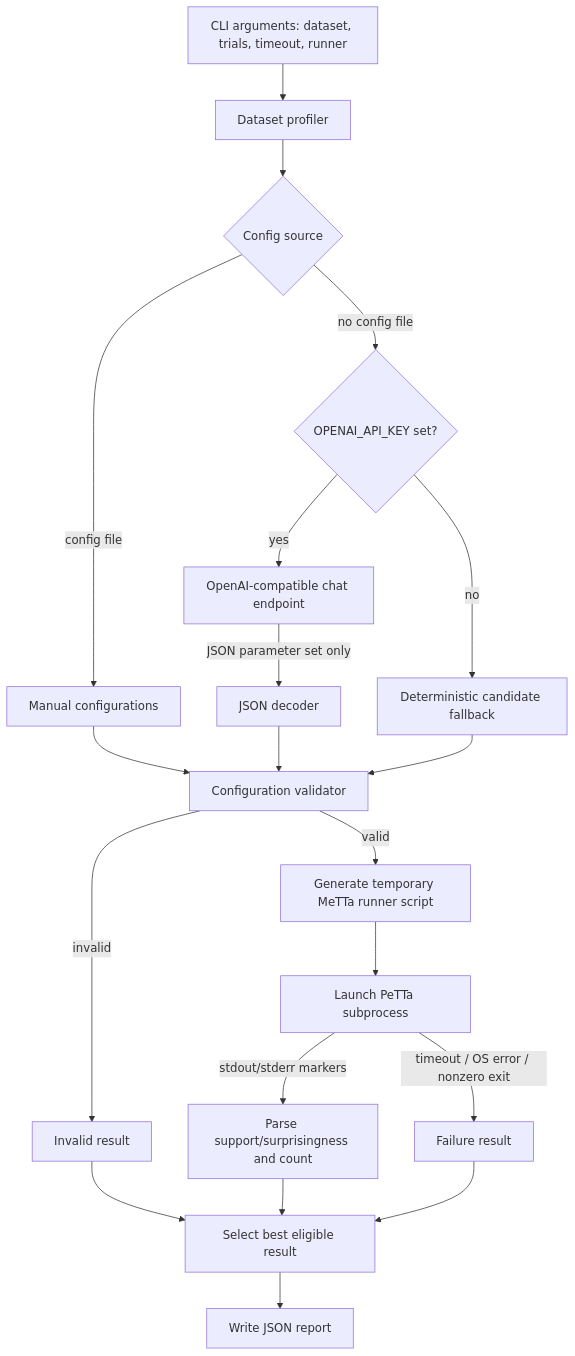
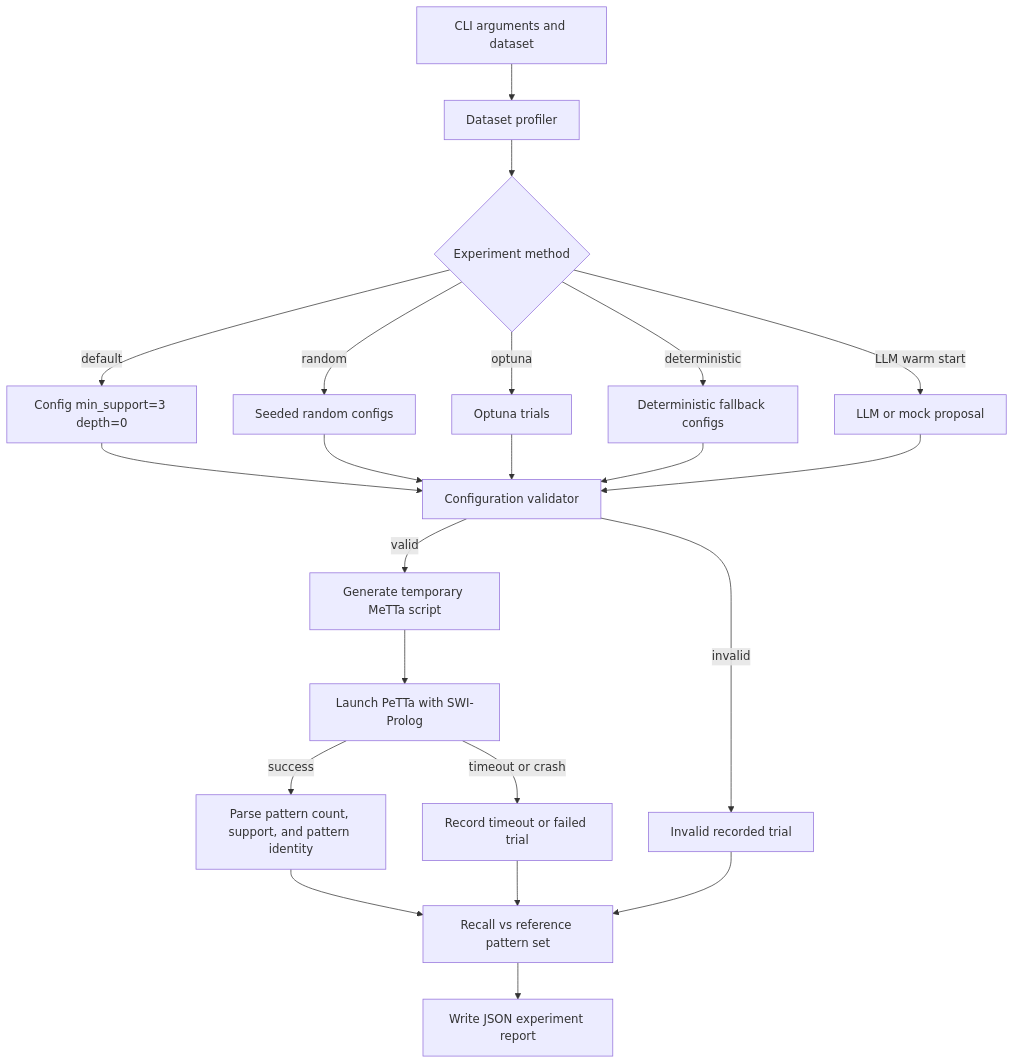
One commit to zenebumelaku/pattern-miner changed the diagram in hyperon-miner/results/architecture.md. Above: the diagram before and after it, drawn with Mermaid. The commit also changed other lines of this file and 13 other files, not shown here.

````diff
--- a/hyperon-miner/results/architecture.md
+++ b/hyperon-miner/results/architecture.md
@@ -3,22 +3,24 @@
 ```mermaid
 flowchart TD
-    U[CLI arguments: dataset, trials, timeout, runner] --> P[Dataset profiler]
-    P --> C{Config source}
-    C -->|config file| M[Manual configurations]
-    C -->|no config file| K{OPENAI_API_KEY set?}
-    K -->|yes| L[OpenAI-compatible chat endpoint]
-    K -->|no| D[Deterministic candidate fallback]
-    L -->|JSON parameter set only| J[JSON decoder]
-    J --> V[Configuration validator]
-    M --> V
-    D --> V
-    V -->|invalid| I[Invalid result]
-    V -->|valid| G[Generate temporary MeTTa runner script]
-    G --> R[Launch PeTTa subprocess]
-    R -->|stdout/stderr markers| O[Parse support/surprisingness and count]
-    R -->|timeout / OS error / nonzero exit| F[Failure result]
-    O --> S[Select best eligible result]
-    I --> S
-    F --> S
-    S --> W[Write JSON report]
+  A[CLI arguments and dataset] --> B[Dataset profiler]
+  B --> C{Experiment method}
+  C -->|default| D[Config min_support=3 depth=0]
+  C -->|random| E[Seeded random configs]
+  C -->|optuna| F[Optuna trials]
+  C -->|deterministic| G[Deterministic fallback configs]
+  C -->|LLM warm start| H[LLM or mock proposal]
+  D --> V[Configuration validator]
+  E --> V
+  F --> V
+  G --> V
+  H --> V
+  V -->|valid| S[Generate temporary MeTTa script]
+  V -->|invalid| I[Invalid recorded trial]
+  S --> P[Launch PeTTa with SWI-Prolog]
+  P -->|success| R[Parse pattern count, support, and pattern identity]
+  P -->|timeout or crash| T[Record timeout or failed trial]
+  R --> Cmp[Recall vs reference pattern set]
+  I --> Cmp
+  T --> Cmp
+  Cmp --> J[Write JSON experiment report]
 ```
````
